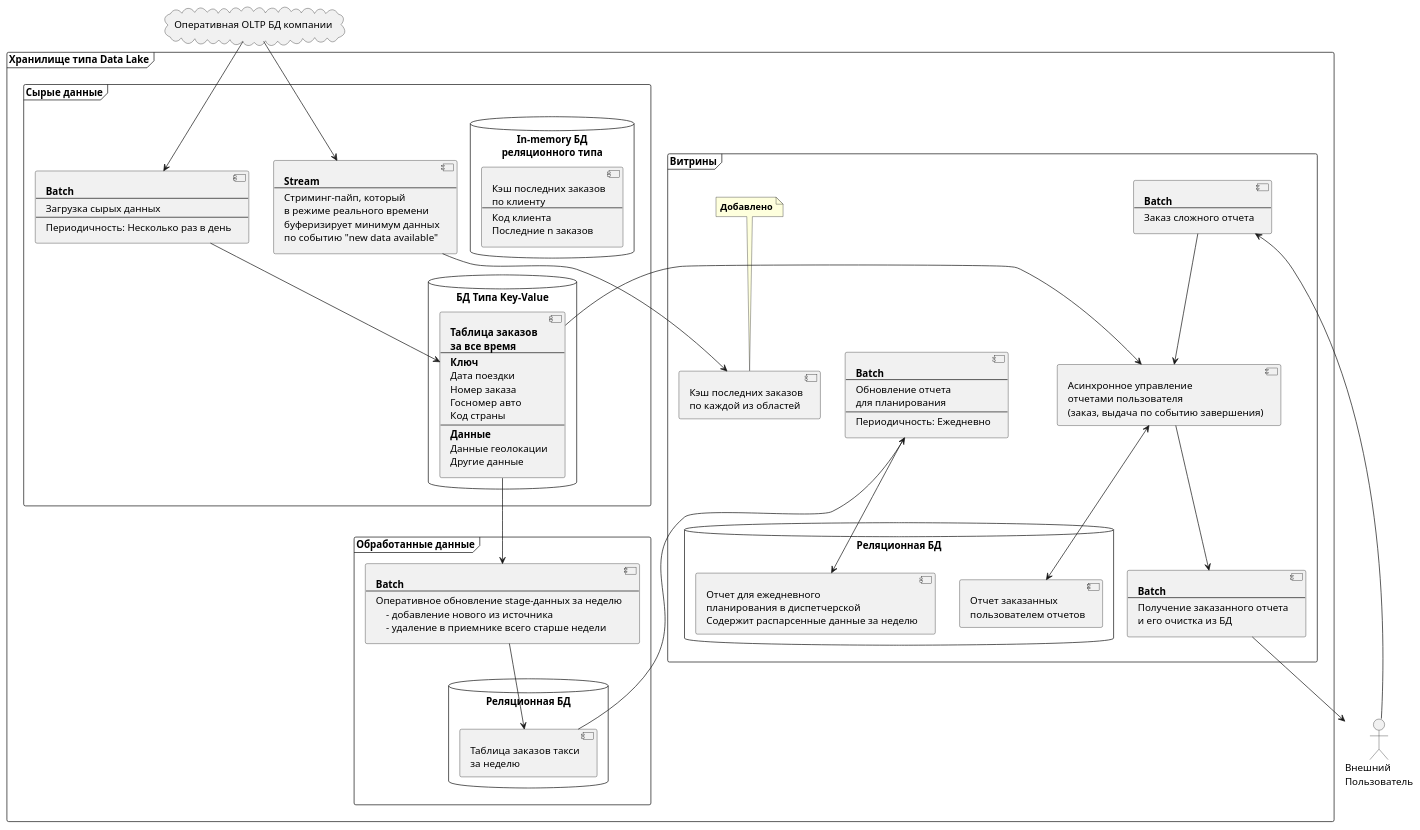
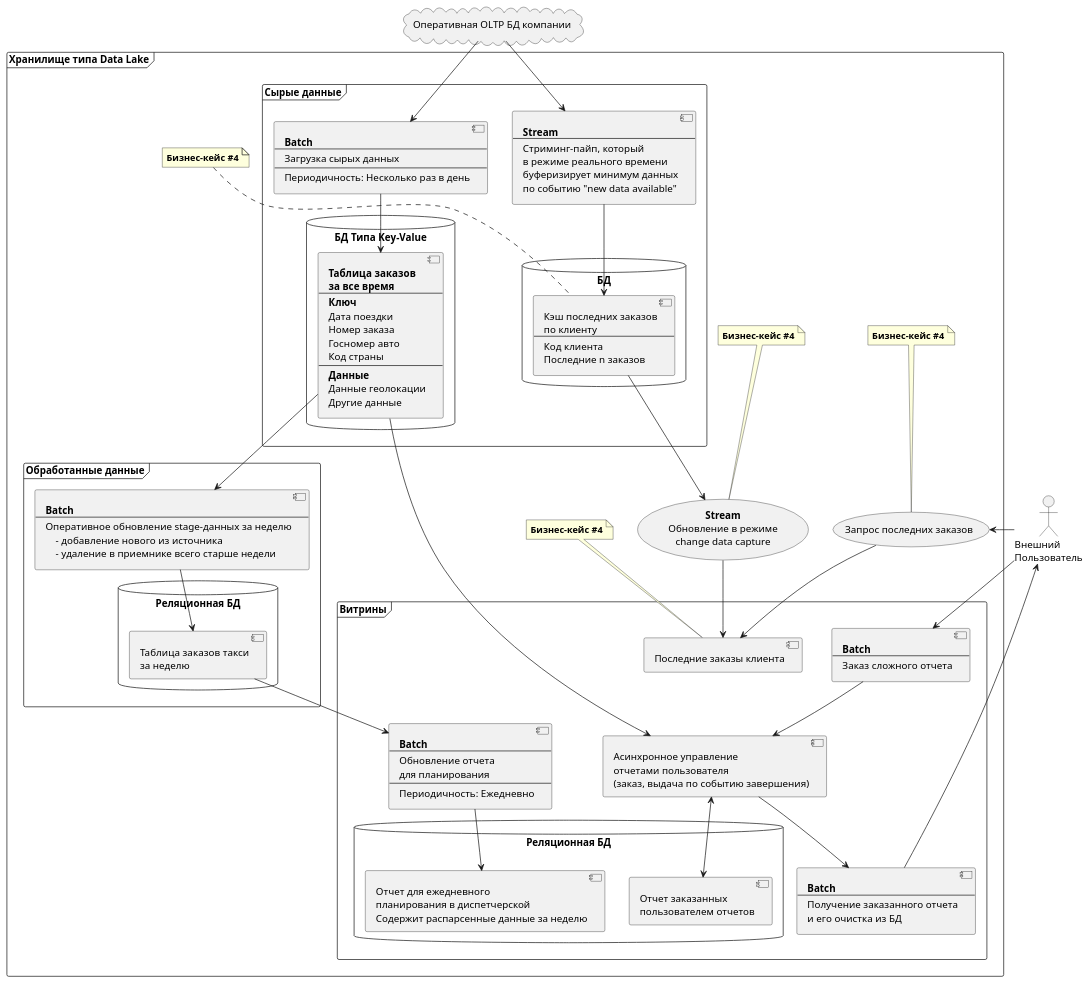
One commit to tol2000/dataengineerclub changed the diagram in home_exercises/ex2/datawarehouse_datalake.plantuml. Above: the diagram before and after it, drawn with PlantUML. The commit also changed 1 other file, not shown here.

```diff
--- a/home_exercises/ex2/datawarehouse_datalake.plantuml
+++ b/home_exercises/ex2/datawarehouse_datalake.plantuml
@@ -1,122 +1,135 @@
 @startuml DataWarehouse
 
 skinparam ComponentStyle uml2
 
 cloud "Оперативная OLTP БД компании" as cloud_oltp_orders {
 
 }
 
 Actor "Внешний\nПользователь" as extuser
 
 frame "Хранилище типа Data Lake" as frame_dlstor {
 
     frame "Витрины" as frame_dlstor_dm {
         component controller_extuser_reports [
             Асинхронное управление
             отчетами пользователя
             (заказ, выдача по событию завершения)
         ]
         database "Реляционная БД\n" as db_dm {
             component report_daily_plan [
                 Отчет для ежедневного
                 планирования в диспетчерской
                 Содержит распарсенные данные за неделю
             ]
             component report_extuser_reports [
                 Отчет заказанных
                 пользователем отчетов
             ]
         }
         component batch_report_daily_plan_refresh [
             **Batch**
             ----
             Обновление отчета
             для планирования
             ----
             Периодичность: Ежедневно
         ]
         component batch_extuser_report_order [
             **Batch**
             ----
             Заказ сложного отчета
         ]
         component batch_extuser_report_delivery [
             **Batch**
             ----
             Получение заказанного отчета
             и его очистка из БД
         ]
-        component tbl_last_orders_cache [
-            Кэш последних заказов
-            по каждой из областей
+        component tbl_last_orders [
+            Последние заказы клиента
         ]
-        note top of tbl_last_orders_cache: **Добавлено**
     }
 
     frame "Обработанные данные" as frame_dlstor_stage {
         database "Реляционная БД\n" as db_stage {
             [Таблица заказов такси\nза неделю] as tbl_staged_orders_week
         }
         component batch_tbl_orders_week_refresh [
             **Batch**
             ----
             Оперативное обновление stage-данных за неделю
                 - добавление нового из источника
                 - удаление в приемнике всего старше недели
         ]
     }
 
     frame "Сырые данные" as frame_dlstor_raw {
         database "БД Типа Key-Value" as db_raw {
             [**Таблица заказов**\n**за все время**\n----\n**Ключ**\nДата поездки\nНомер заказа\nГосномер авто\nКод страны\n----\n**Данные**\nДанные геолокации\nДругие данные] as tbl_raw_orders
         }
         component batch_raw_load [
             **Batch**
             ----
             Загрузка сырых данных
             ----
             Периодичность: Несколько раз в день
         ]
-        database "In-memory БД\nреляционного типа" as db_cache {
+        database "БД" as db_cache {
             component tbl_cache_orders [
                 Кэш последних заказов
                 по клиенту
                 ----
                 Код клиента
                 Последние n заказов
             ]
         }
         component stream_cache_proc [
             **Stream**
             ----
             Стриминг-пайп, который
             в режиме реального времени
             буферизирует минимум данных
             по событию "new data available"
         ]
     }
+
+    (**Stream**\nОбновление в режиме\nchange data capture) as stream_last_orders_to_datamart
+    (Запрос последних заказов) as query_last_orders
 
     cloud_oltp_orders --> batch_raw_load
 
     batch_raw_load --> tbl_raw_orders
 
     tbl_raw_orders --> batch_tbl_orders_week_refresh
     batch_tbl_orders_week_refresh --> tbl_staged_orders_week
 
     tbl_staged_orders_week --> batch_report_daily_plan_refresh
     batch_report_daily_plan_refresh --> report_daily_plan
 
     extuser --> batch_extuser_report_order
     batch_extuser_report_order --> controller_extuser_reports
     
     controller_extuser_reports <-- tbl_raw_orders
     controller_extuser_reports <--> report_extuser_reports
 
     controller_extuser_reports --> batch_extuser_report_delivery
     batch_extuser_report_delivery --> extuser
 
     cloud_oltp_orders --> stream_cache_proc
-    stream_cache_proc --> tbl_last_orders_cache
+    stream_cache_proc --> tbl_cache_orders
+
+    extuser --> (query_last_orders)
+    (query_last_orders) --> tbl_last_orders
+
+    tbl_cache_orders --> (stream_last_orders_to_datamart)
+    (stream_last_orders_to_datamart) --> tbl_last_orders
+
+    note top of query_last_orders: **Бизнес-кейс #4**
+    note top of stream_last_orders_to_datamart: **Бизнес-кейс #4**
+    note top of tbl_cache_orders: **Бизнес-кейс #4**
+    note top of tbl_last_orders: **Бизнес-кейс #4**
+
 
 }
 @enduml
```
